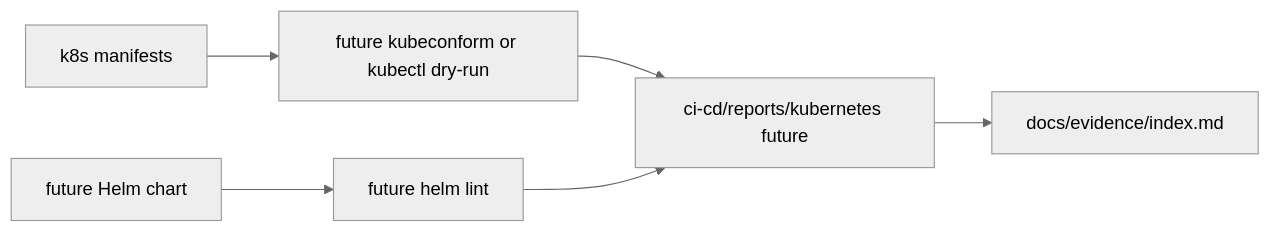
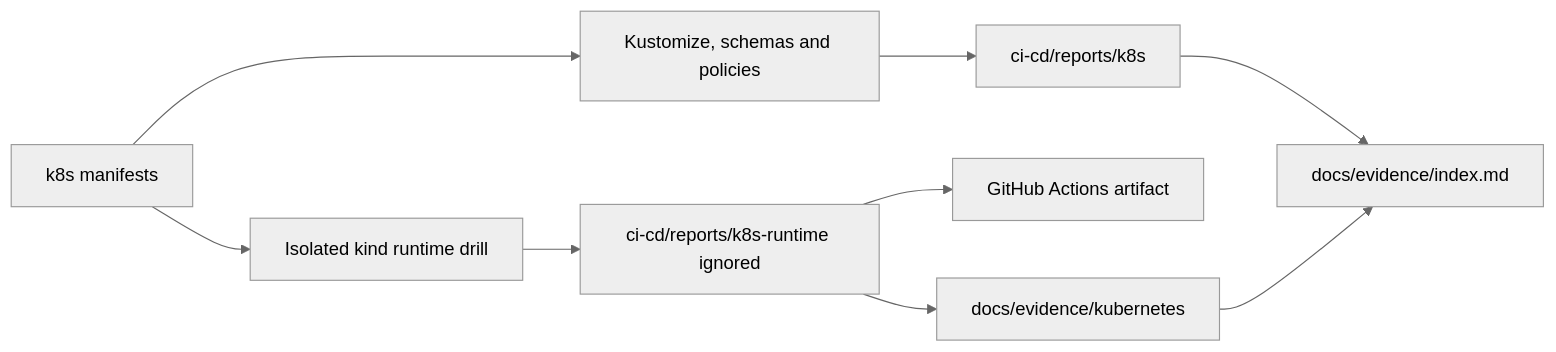
One commit to Oskar-Stachowski/retailops-cloud-native-platform changed the sixth of 7 diagrams in docs/evidence/evidence-folder-map.md. Above: the diagram before and after it, drawn with Mermaid (neutral theme). The commit also changed other lines of this file and 7 other files, not shown here.

Commit message:
docs: record verified Kubernetes runtime and persistence evidence

````diff
--- a/docs/evidence/evidence-folder-map.md
+++ b/docs/evidence/evidence-folder-map.md
@@ -138,8 +144,11 @@
 ```mermaid
 flowchart LR
-    K8S[k8s manifests] --> VALIDATE[future kubeconform or kubectl dry-run]
-    HELM[future Helm chart] --> LINT[future helm lint]
-    VALIDATE --> REPORTS[ci-cd/reports/kubernetes future]
-    LINT --> REPORTS
-    REPORTS --> INDEX[docs/evidence/index.md]
+    K8S[k8s manifests] --> VALIDATE[Kustomize, schemas and policies]
+    K8S --> KIND[Isolated kind runtime drill]
+    VALIDATE --> STATIC[ci-cd/reports/k8s]
+    KIND --> RUNTIME[ci-cd/reports/k8s-runtime ignored]
+    RUNTIME --> ARTIFACT[GitHub Actions artifact]
+    RUNTIME --> CURATED[docs/evidence/kubernetes]
+    STATIC --> INDEX[docs/evidence/index.md]
+    CURATED --> INDEX
 ```
````
